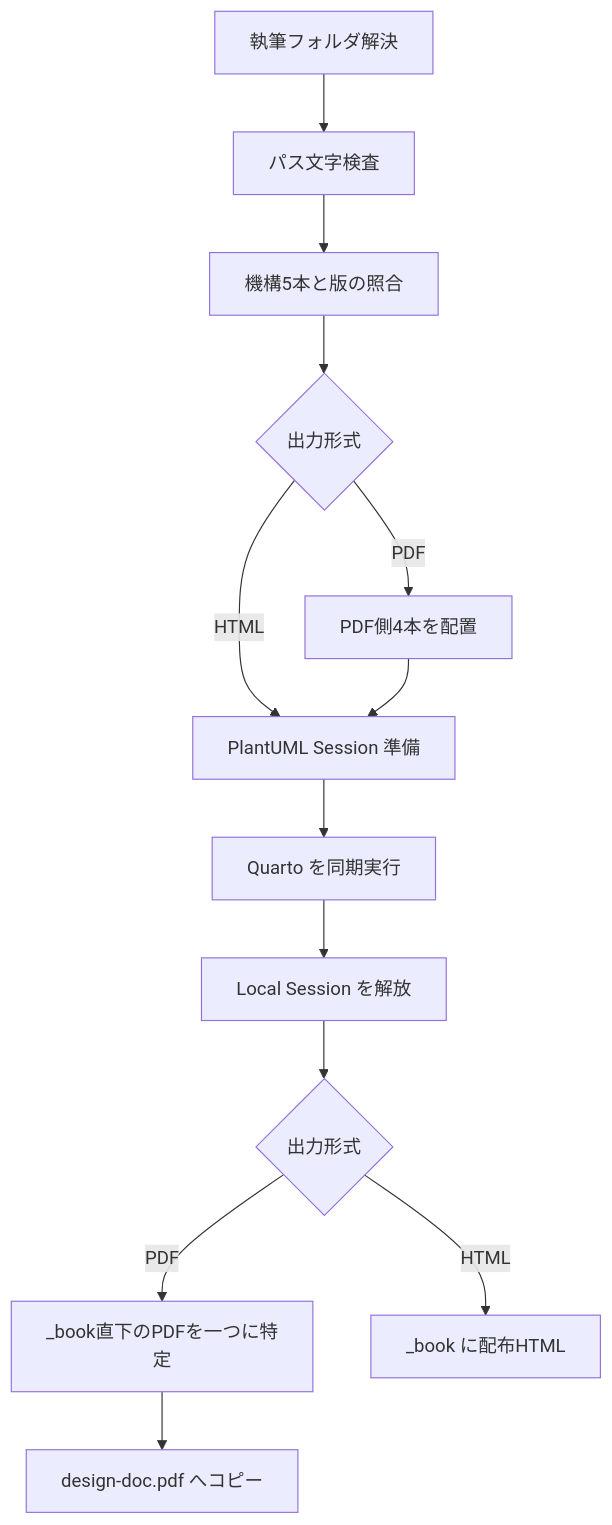
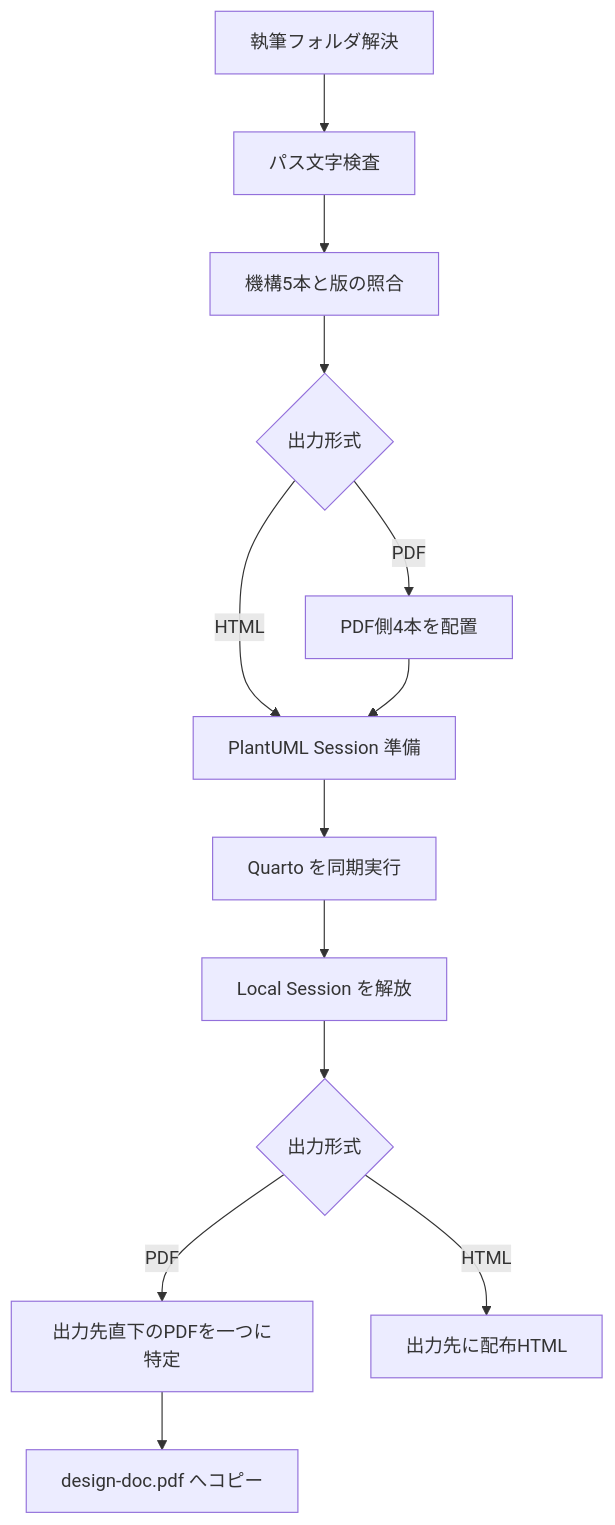
Before and after one commit to ramsesyok/ddq-template: the first of 2 diagrams in docs/cli-impl/03-behavior.qmd, drawn with Mermaid. The commit also changed other lines of this file and 41 other files, not shown here.

````diff
--- a/docs/cli-impl/03-behavior.qmd
+++ b/docs/cli-impl/03-behavior.qmd
@@ -37,15 +37,15 @@
 ```mermaid
 flowchart TD
   A[執筆フォルダ解決] --> B[パス文字検査]
   B --> C[機構5本と版の照合]
   C --> D{出力形式}
   D -->|PDF| E[PDF側4本を配置]
   D -->|HTML| F[PlantUML Session 準備]
   E --> F
   F --> G[Quarto を同期実行]
   G --> H[Local Session を解放]
   H --> I{出力形式}
-  I -->|PDF| J[_book直下のPDFを一つに特定]
+  I -->|PDF| J[出力先直下のPDFを一つに特定]
   J --> K[design-doc.pdf へコピー]
-  I -->|HTML| L[_book に配布HTML]
+  I -->|HTML| L[出力先に配布HTML]
 ```
````
